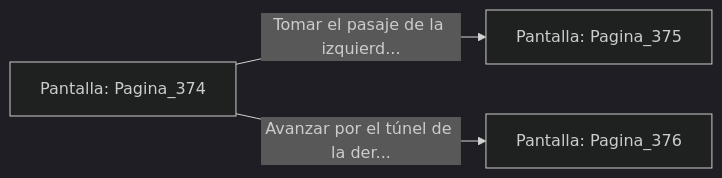
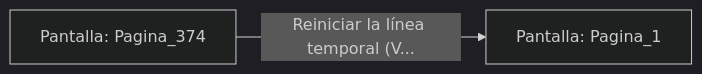
The diagram in sample/eligejuego-vault/Pantalla_Pagina_374.md (metsuke/mpl), drawn with Mermaid (dark theme) before and after one commit. The commit also changed other lines of this file and 635 other files, not shown here.

First line of the commit message:
fix: añadir Pagina_1 como pantalla inicial en capitulo_01.mpl

````diff
--- a/sample/eligejuego-vault/Pantalla_Pagina_374.md
+++ b/sample/eligejuego-vault/Pantalla_Pagina_374.md
@@ -20,6 +17,5 @@
 ```mermaid
 graph LR
     P_Pagina_374["Pantalla: Pagina_374"]
-    P_Pagina_374 -->|"Tomar el pasaje de la izquierd..."| P_Pagina_375["Pantalla: Pagina_375"]
-    P_Pagina_374 -->|"Avanzar por el túnel de la der..."| P_Pagina_376["Pantalla: Pagina_376"]
+    P_Pagina_374 -->|"Reiniciar la línea temporal (V..."| P_Pagina_1["Pantalla: Pagina_1"]
 ```
````
